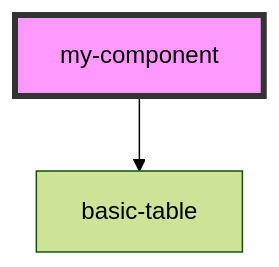
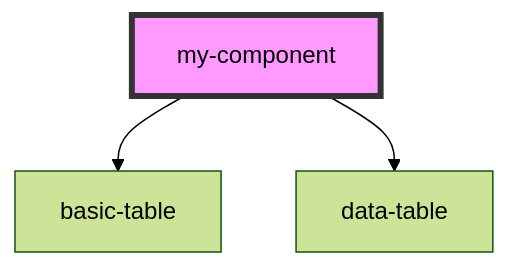
One commit to kalesmca/stenciljs changed the diagram in mkw-data-table/src/components/my-component/readme.md. Above: the diagram before and after it, drawn with Mermaid (forest theme). The commit also changed other lines of this file and 8 other files, not shown here.

````diff
--- a/mkw-data-table/src/components/my-component/readme.md
+++ b/mkw-data-table/src/components/my-component/readme.md
@@ -26,5 +27,6 @@
 ```mermaid
 graph TD;
   my-component --> basic-table
+  my-component --> data-table
   style my-component fill:#f9f,stroke:#333,stroke-width:4px
 ```
````
